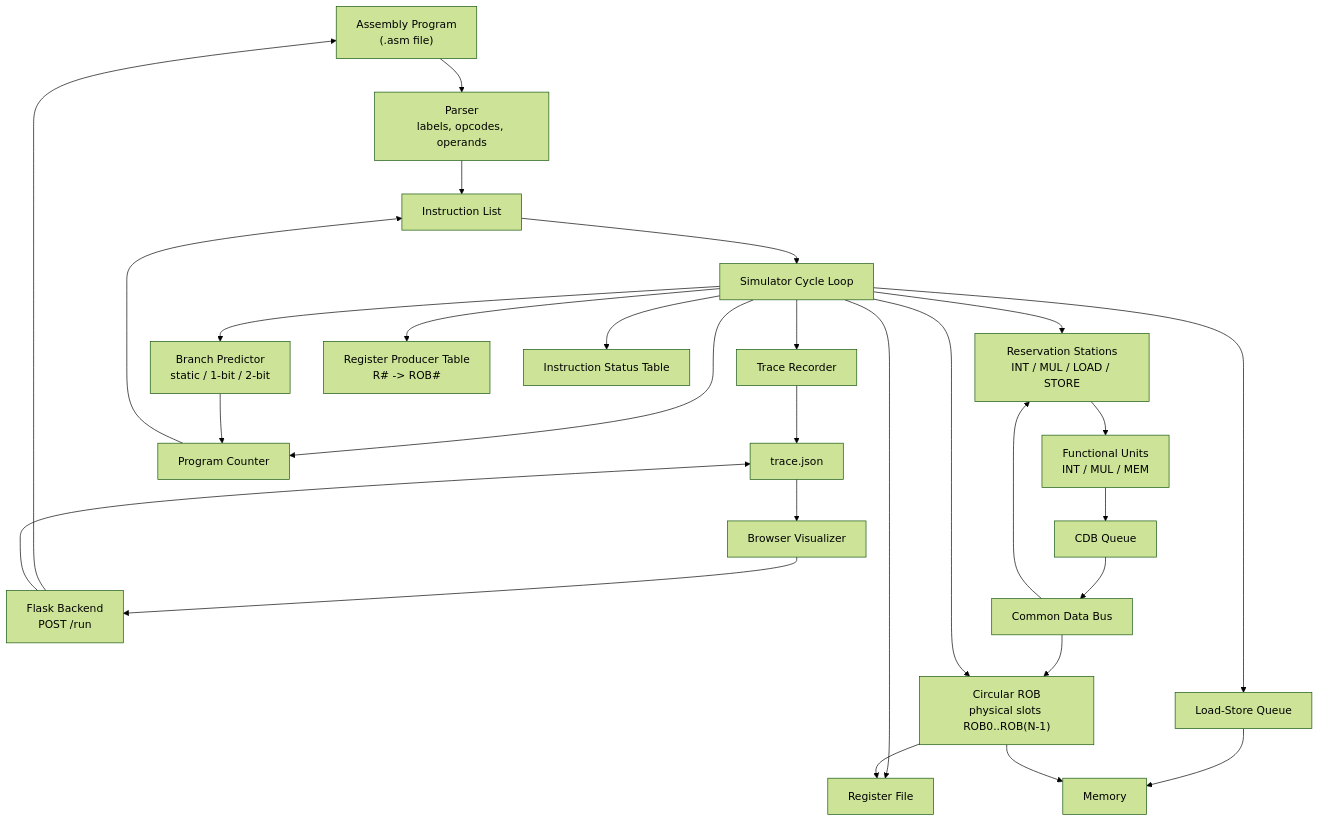
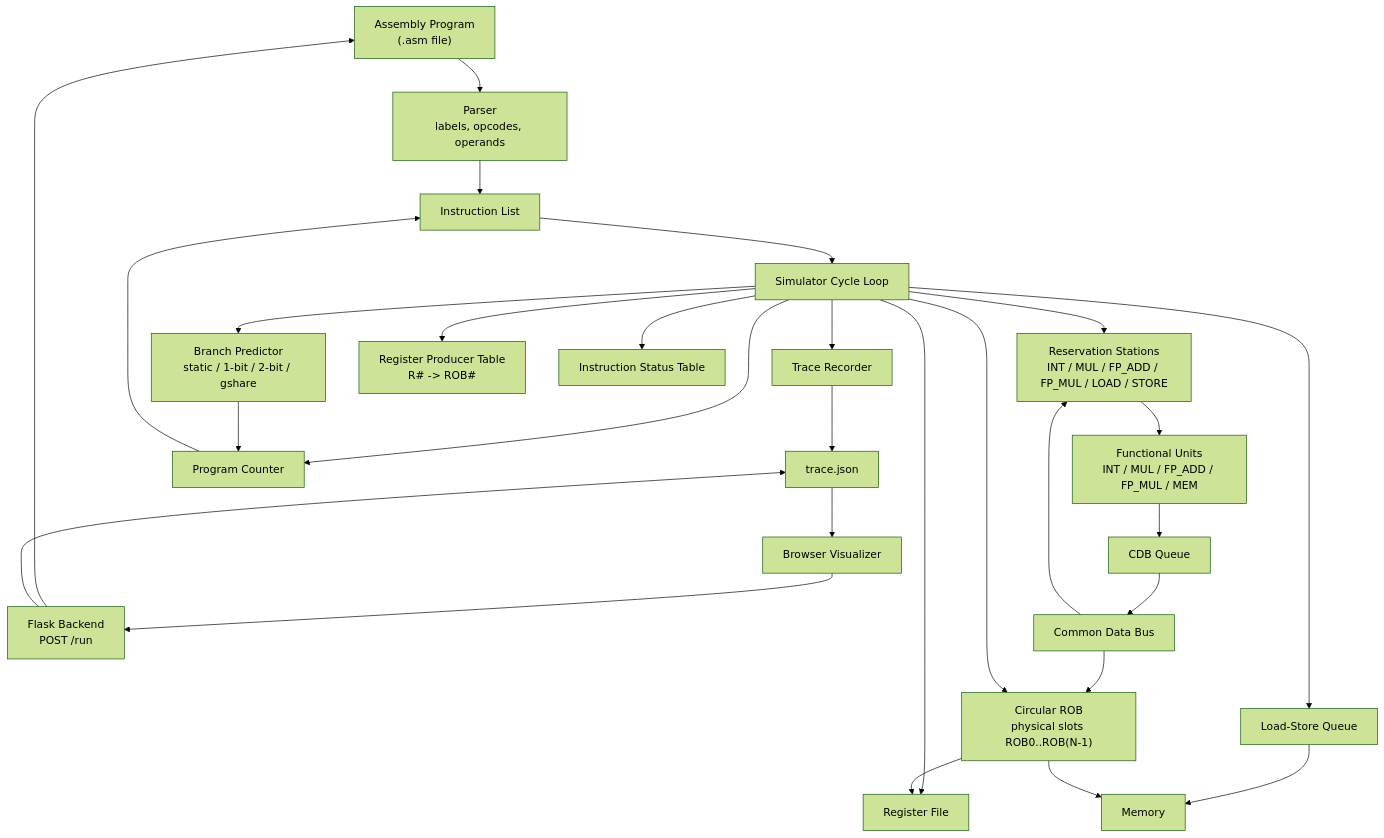
The diagram in README.md (elu1652/Tomasulo-Simulator), drawn with Mermaid (forest theme) before and after one commit. The commit also changed other lines of this file and 6 other files, not shown here.

````diff
--- a/README.md
+++ b/README.md
@@ -65,59 +71,59 @@
 ```mermaid
 flowchart TD
     Program["Assembly Program<br/>(.asm file)"]
     Parser["Parser<br/>labels, opcodes, operands"]
     Instructions["Instruction List"]
 
     Backend["Flask Backend<br/>POST /run"]
     Visualizer["Browser Visualizer"]
     TraceFile["trace.json"]
     TraceRecorder["Trace Recorder"]
 
     Simulator["Simulator Cycle Loop"]
     PC["Program Counter"]
-    BP["Branch Predictor<br/>static / 1-bit / 2-bit"]
+    BP["Branch Predictor<br/>static / 1-bit / 2-bit / gshare"]
 
-    RS["Reservation Stations<br/>INT / MUL / LOAD / STORE"]
-    FU["Functional Units<br/>INT / MUL / MEM"]
+    RS["Reservation Stations<br/>INT / MUL / FP_ADD / FP_MUL / LOAD / STORE"]
+    FU["Functional Units<br/>INT / MUL / FP_ADD / FP_MUL / MEM"]
     CDBQ["CDB Queue"]
     CDB["Common Data Bus"]
 
     RegFile["Register File"]
     RegProducer["Register Producer Table<br/>R# -> ROB#"]
     ROB["Circular ROB<br/>physical slots ROB0..ROB(N-1)"]
     LSQ["Load-Store Queue"]
     Memory["Memory"]
     Status["Instruction Status Table"]
 
     Visualizer --> Backend
     Backend --> Program
     Program --> Parser
     Parser --> Instructions
     Instructions --> Simulator
 
     Simulator --> PC
     PC --> Instructions
     Simulator --> BP
     BP --> PC
 
     Simulator --> RS
     RS --> FU
     FU --> CDBQ
     CDBQ --> CDB
     CDB --> ROB
     CDB --> RS
 
     Simulator --> RegProducer
     Simulator --> RegFile
     Simulator --> ROB
     Simulator --> LSQ
     LSQ --> Memory
     ROB --> RegFile
     ROB --> Memory
 
     Simulator --> Status
     Simulator --> TraceRecorder
     TraceRecorder --> TraceFile
     TraceFile --> Visualizer
     Backend --> TraceFile
 ```
````
